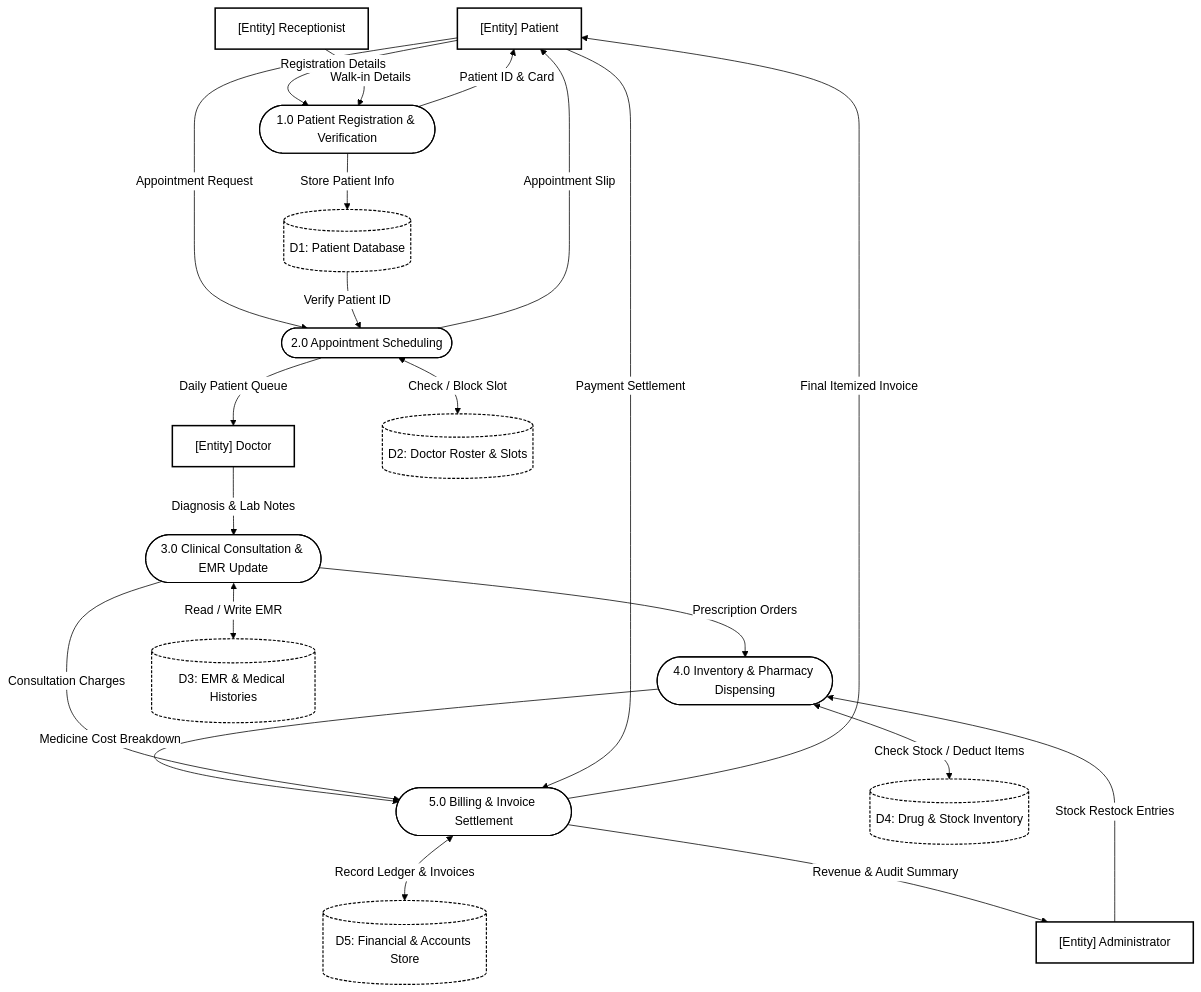
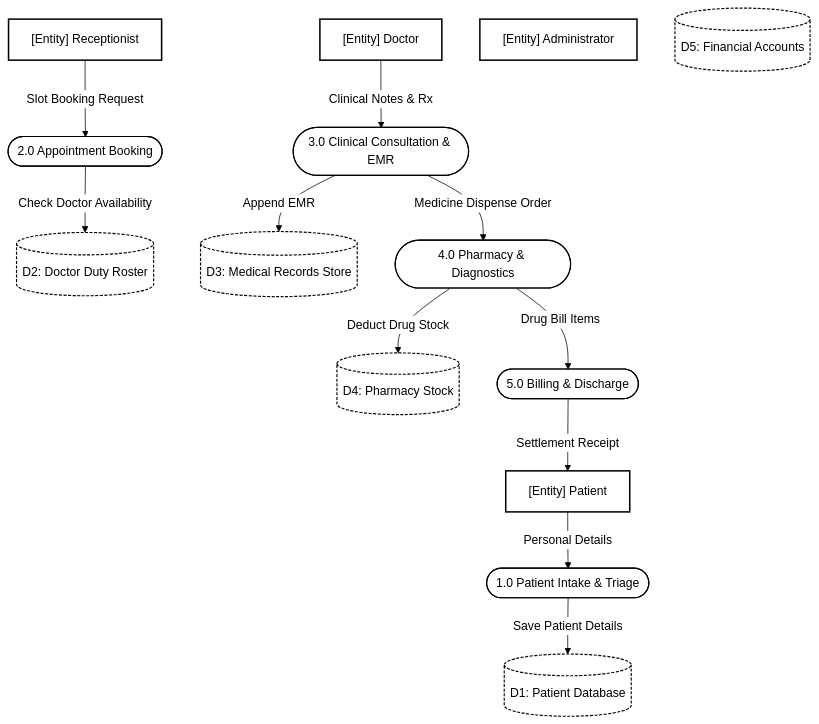
One commit to tiwaritanay01/AISC_CLI changed the third of 4 diagrams in SE/hospital/README.md. Above: the diagram before and after it, drawn with Mermaid. The commit also changed other lines of this file and 265 other files, not shown here.

Commit message:
Add all 25 Software Engineering case studies with 100 UML and DFD Mermaid.js diagrams

````diff
--- a/SE/hospital/README.md
+++ b/SE/hospital/README.md
@@ -175,49 +132,39 @@
 ```mermaid
-%%{init: {'theme': 'base', 'themeVariables': {'primaryColor': '#ffffff', 'primaryTextColor': '#000000', 'primaryBorderColor': '#000000', 'lineColor': '#000000'}}}%%
+%%{init: {'theme': 'base', 'themeVariables': {'primaryColor': '#ffffff', 'primaryTextColor': '#000000', 'primaryBorderColor': '#000000', 'lineColor': '#000000', 'secondaryColor': '#ffffff', 'tertiaryColor': '#ffffff'}}}%%
 flowchart TD
     classDef entity fill:#ffffff,stroke:#000000,stroke-width:2px,color:#000000;
     classDef process fill:#ffffff,stroke:#000000,stroke-width:1.5px,color:#000000;
     classDef datastore fill:#ffffff,stroke:#000000,stroke-width:1.5px,stroke-dasharray: 4 2,color:#000000;
 
+    %% External Entities
     E1["[Entity] Patient"]:::entity
     E2["[Entity] Receptionist"]:::entity
     E3["[Entity] Doctor"]:::entity
     E4["[Entity] Administrator"]:::entity
 
-    P1(["1.0 Patient Registration & Verification"]):::process
-    P2(["2.0 Appointment Scheduling"]):::process
-    P3(["3.0 Clinical Consultation & EMR Update"]):::process
-    P4(["4.0 Inventory & Pharmacy Dispensing"]):::process
-    P5(["5.0 Billing & Invoice Settlement"]):::process
+    %% Processes (Level 1 DFD)
+    P1(["1.0 Patient Intake & Triage"]):::process
+    P2(["2.0 Appointment Booking"]):::process
+    P3(["3.0 Clinical Consultation & EMR"]):::process
+    P4(["4.0 Pharmacy & Diagnostics"]):::process
+    P5(["5.0 Billing & Discharge"]):::process
 
+    %% Data Stores
     D1[("D1: Patient Database")]:::datastore
-    D2[("D2: Doctor Roster & Slots")]:::datastore
-    D3[("D3: EMR & Medical Histories")]:::datastore
-    D4[("D4: Drug & Stock Inventory")]:::datastore
-    D5[("D5: Financial & Accounts Store")]:::datastore
+    D2[("D2: Doctor Duty Roster")]:::datastore
+    D3[("D3: Medical Records Store")]:::datastore
+    D4[("D4: Pharmacy Stock")]:::datastore
+    D5[("D5: Financial Accounts")]:::datastore
 
-    E1 -->|Registration Details| P1
-    E2 -->|Walk-in Details| P1
-    P1 -->|Store Patient Info| D1
-    P1 -->|Patient ID & Card| E1
-
-    E1 -->|Appointment Request| P2
-    P2 <-->|Check / Block Slot| D2
-    D1 -->|Verify Patient ID| P2
-    P2 -->|Appointment Slip| E1
-    P2 -->|Daily Patient Queue| E3
-
-    E3 -->|Diagnosis & Lab Notes| P3
-    P3 <-->|Read / Write EMR| D3
-    P3 -->|Prescription Orders| P4
-
-    P4 <-->|Check Stock / Deduct Items| D4
-    E4 -->|Stock Restock Entries| P4
-    P4 -->|Medicine Cost Breakdown| P5
-
-    P3 -->|Consultation Charges| P5
-    P5 <-->|Record Ledger & Invoices| D5
-    P5 -->|Final Itemized Invoice| E1
-    E1 -->|Payment Settlement| P5
-    P5 -->|Revenue & Audit Summary| E4
+    %% Data Flows
+    E1 -->|Personal Details| P1
+    P1 -->|Save Patient Details| D1
+    E2 -->|Slot Booking Request| P2
+    P2 -->|Check Doctor Availability| D2
+    E3 -->|Clinical Notes & Rx| P3
+    P3 -->|Append EMR| D3
+    P3 -->|Medicine Dispense Order| P4
+    P4 -->|Deduct Drug Stock| D4
+    P4 -->|Drug Bill Items| P5
+    P5 -->|Settlement Receipt| E1
 ```
````
